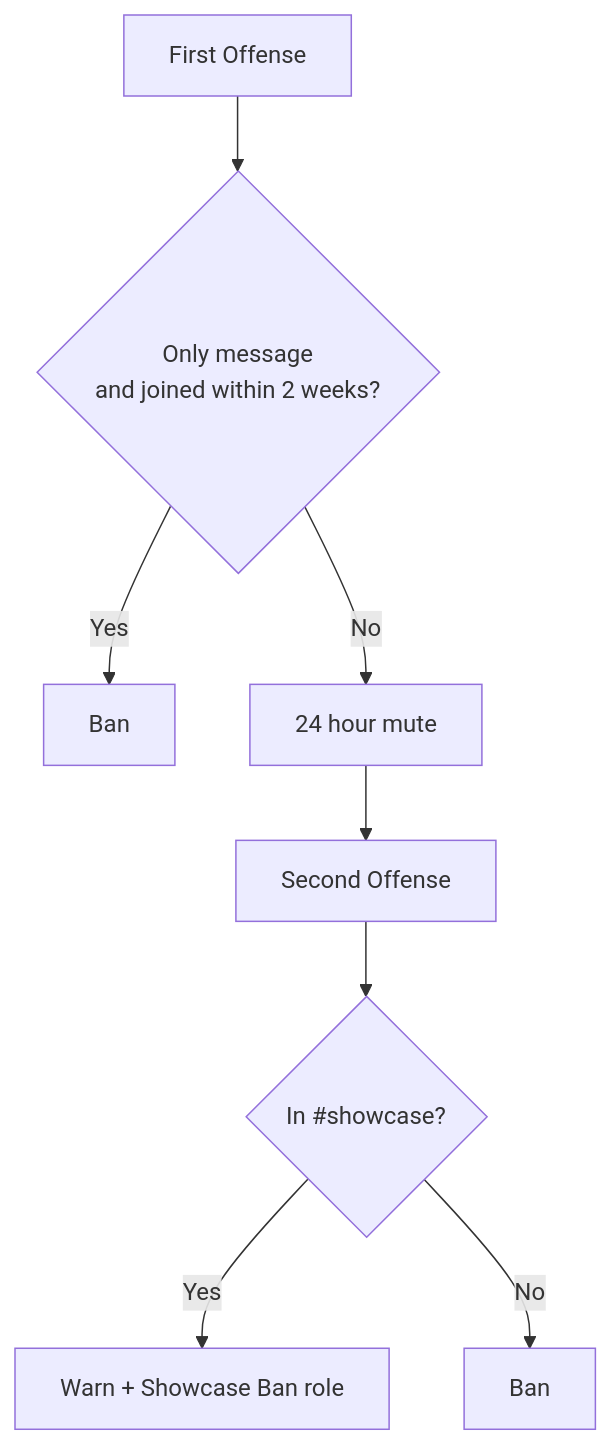
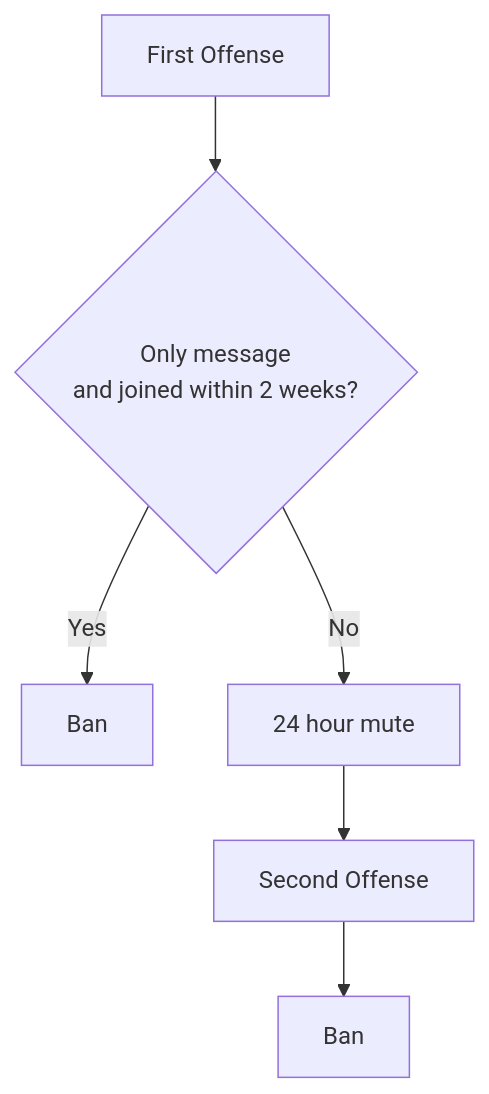
The diagram in incident-playbook.md (openclaw/community), drawn with Mermaid before and after one commit. The commit also changed other lines of this file and 2 other files, not shown here.

Commit message:
Update showcase promotion rules

````diff
--- a/incident-playbook.md
+++ b/incident-playbook.md
@@ -14,10 +14,8 @@
 ```mermaid
 flowchart TD
     A[First Offense] --> B{Only message<br/>and joined within 2 weeks?}
     B -->|Yes| C[Ban]
     B -->|No| D[24 hour mute]
     D --> E[Second Offense]
-    E --> F{In #showcase?}
-    F -->|Yes| G[Warn + Showcase Ban role]
-    F -->|No| H[Ban]
+    E --> F[Ban]
 ```
````
